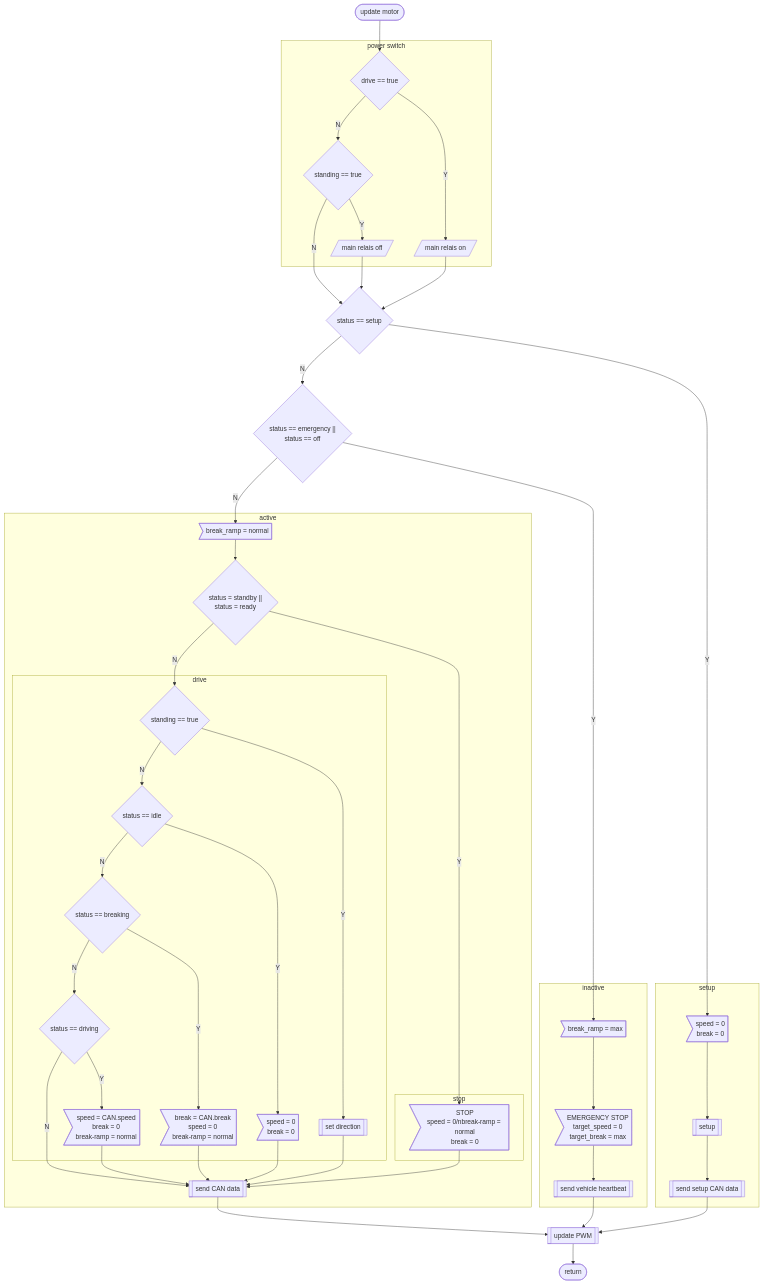
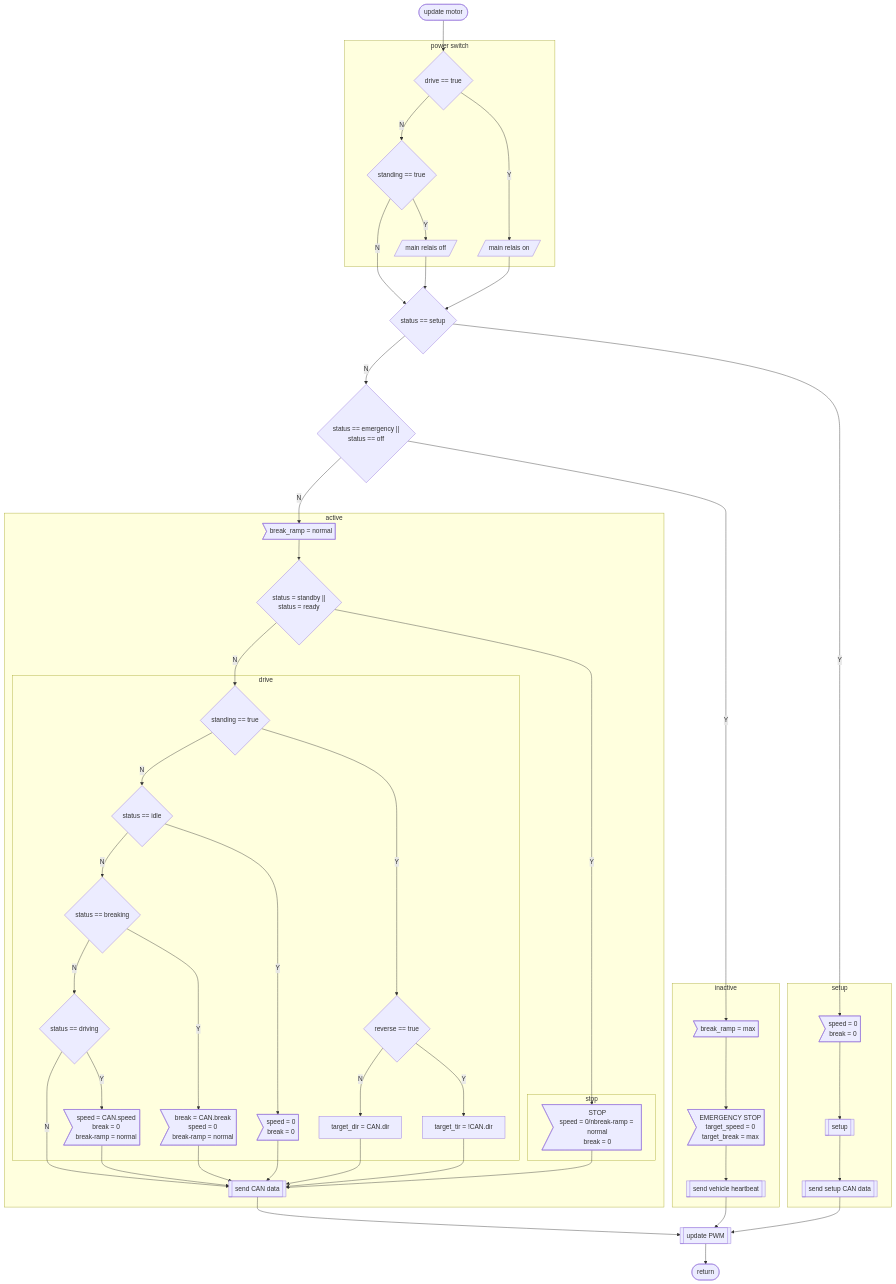
Before and after one commit to loco-can/loco-can-software: the fifth of 7 diagrams in Loco_can_motor/FLOWCHART.md, drawn with Mermaid. The commit also changed other lines of this file, not shown here.

Commit message:
include setup functionality in FLOWCHART.md

```diff
--- a/Loco_can_motor/FLOWCHART.md
+++ b/Loco_can_motor/FLOWCHART.md
@@ -184,7 +208,9 @@
         IDLE>"speed = 0\nbreak = 0"];
         DRIVING>"speed = CAN.speed\nbreak = 0\nbreak-ramp = normal"];
         BREAKING>"break = CAN.break\nspeed = 0\nbreak-ramp = normal"];
-        SET_DIR[[set direction]];
+        IS_REVERSE{reverse == true};
+        SET_DIR[target_dir = CAN.dir];
+        SET_REV_DIR[target_tir = !CAN.dir];
     end
 
     SEND[[send CAN data]];
@@ -218,7 +244,9 @@
 STOP --> SEND;
 
 IS_STANDING_DIR --> |N| IS_IDLE;
-IS_STANDING_DIR --> |Y| SET_DIR --> SEND;
+IS_STANDING_DIR --> |Y| IS_REVERSE;
+IS_REVERSE --> |N| SET_DIR --> SEND;
+IS_REVERSE --> |Y| SET_REV_DIR --> SEND;
 IS_BREAKING --> |N| IS_DRIVING;
 IS_BREAKING --> |Y| BREAKING --> SEND;
 IS_DRIVING --> |N| SEND;
```
